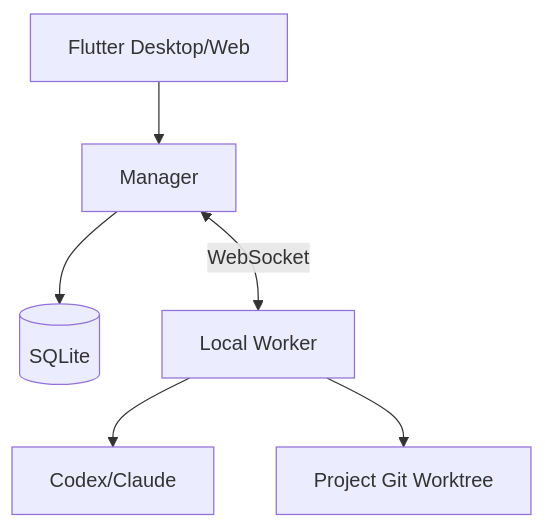
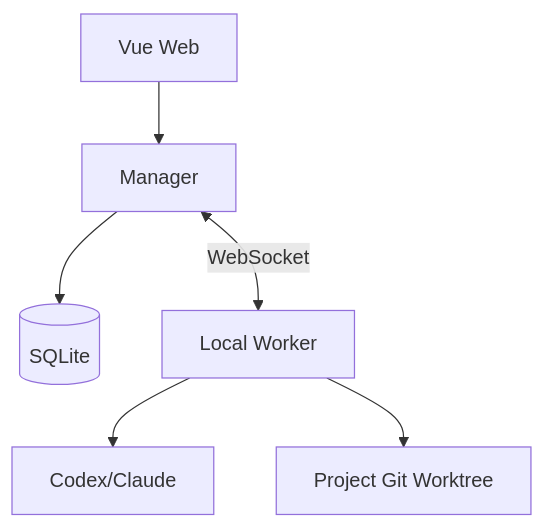
Before and after one commit to tangxusc/block-play-table: the sixth of 7 diagrams in docs/system-design.md, drawn with Mermaid. The commit also changed other lines of this file and 61 other files, not shown here.

````diff
--- a/docs/system-design.md
+++ b/docs/system-design.md
@@ -1587,8 +1587,8 @@
 ```mermaid
 flowchart TD
-    UI[Flutter Desktop/Web] --> M[Manager]
+    UI[Vue Web] --> M[Manager]
     M --> DB[(SQLite)]
     M <-->|WebSocket| W[Local Worker]
     W --> A[Codex/Claude]
     W --> FS[Project Git Worktree]
 ```
````
